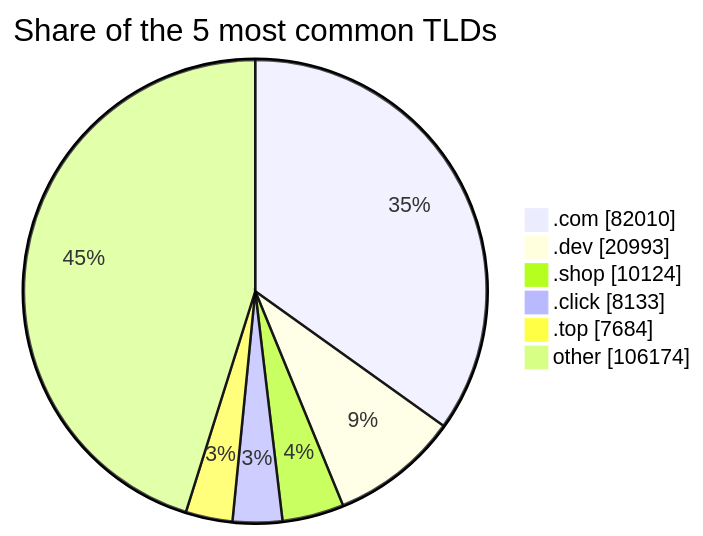
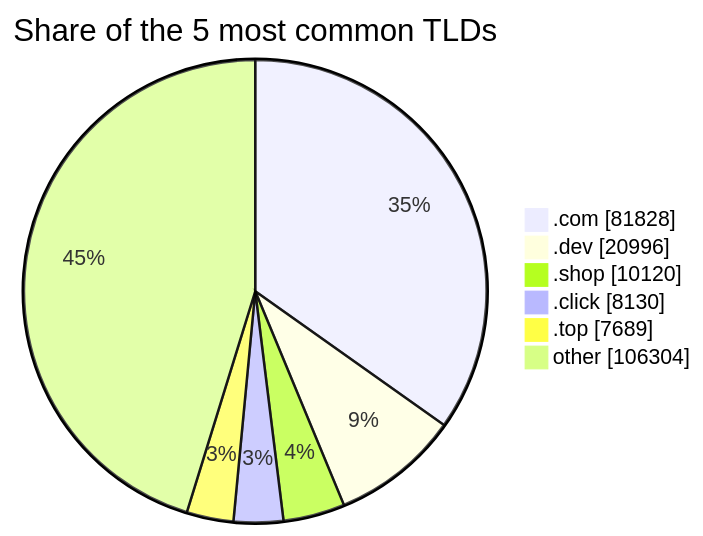
Before and after one commit to DNSBunker/CTI: the third of 3 diagrams in README.md, drawn with Mermaid. The commit also changed other lines of this file and 3 other files, not shown here.

````diff
--- a/README.md
+++ b/README.md
@@ -81,9 +81,9 @@
 ```mermaid
 pie showData title Share of the 5 most common TLDs
-    ".com" : 82010
-    ".dev" : 20993
-    ".shop" : 10124
-    ".click" : 8133
-    ".top" : 7684
-    "other" : 106174
+    ".com" : 81828
+    ".dev" : 20996
+    ".shop" : 10120
+    ".click" : 8130
+    ".top" : 7689
+    "other" : 106304
 ```
````
